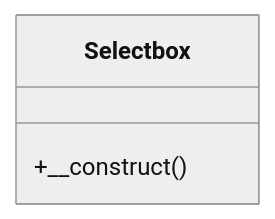
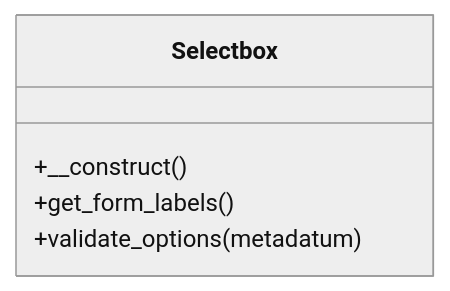
One commit to tainacan/tainacan changed the diagram in docs/phpdoc/classes/Tainacan/Filter_Types/Selectbox.md. Above: the diagram before and after it, drawn with Mermaid (neutral theme). The commit also changed 97 other files, not shown here.

````diff
--- a/docs/phpdoc/classes/Tainacan/Filter_Types/Selectbox.md
+++ b/docs/phpdoc/classes/Tainacan/Filter_Types/Selectbox.md
@@ -12,7 +12,9 @@
 ```mermaid
 classDiagram
     direction TB
     class Selectbox {
         +__construct()
+        +get_form_labels()
+        +validate_options(metadatum)
     }
 ```
````
